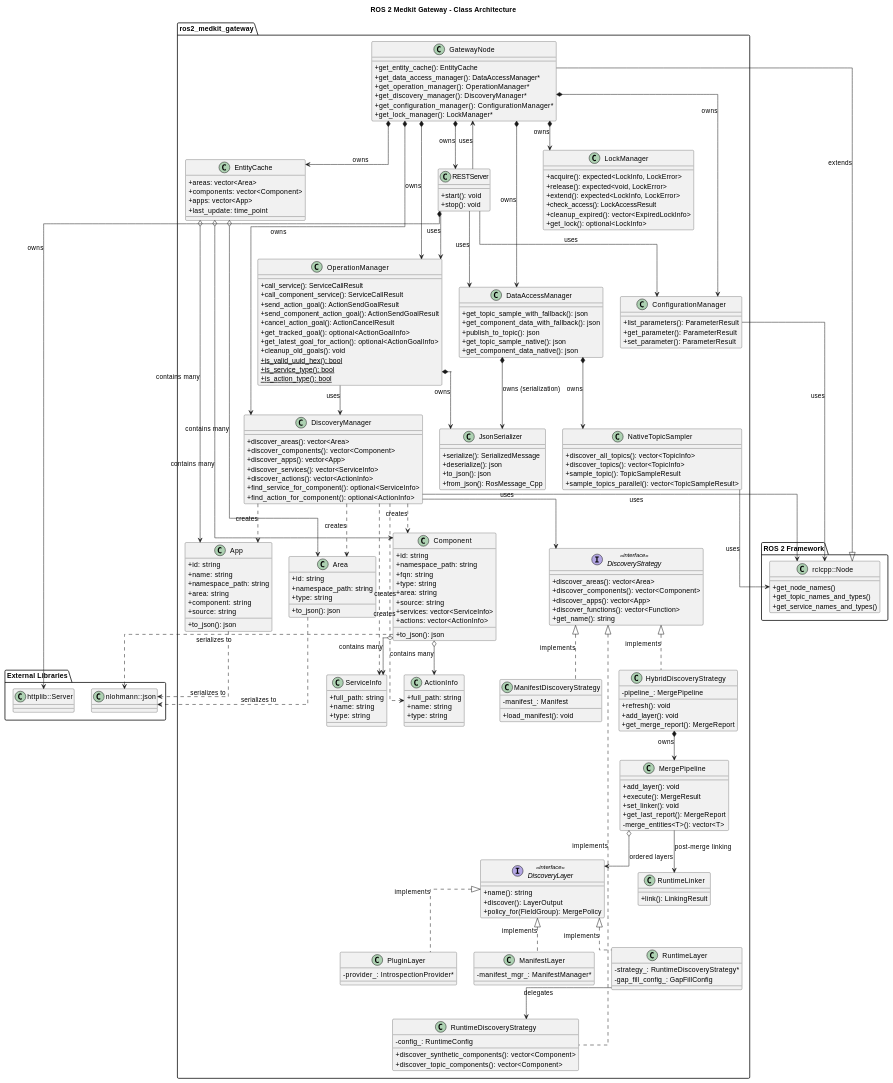
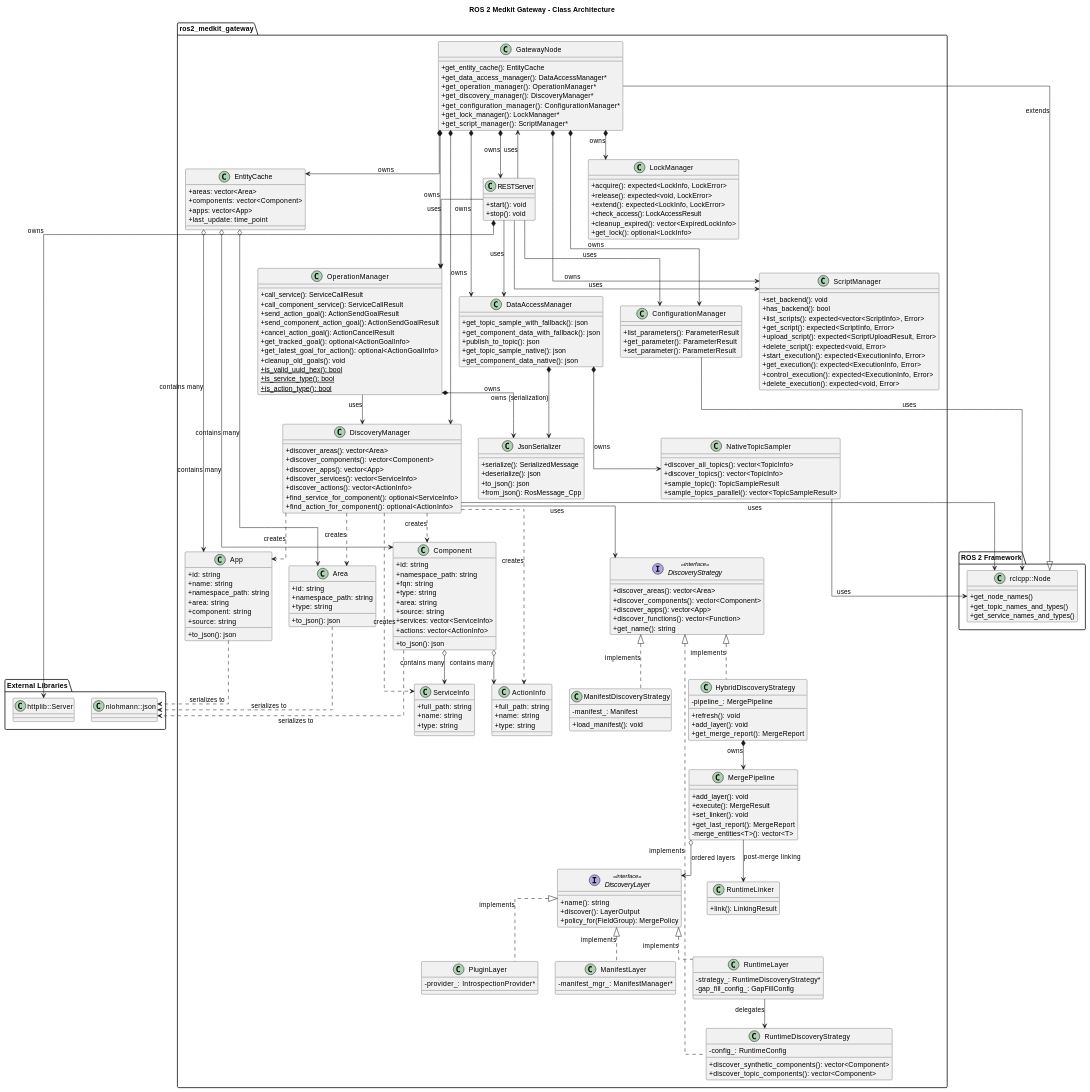
Before and after one commit to selfpatch/ros2_medkit: the diagram in src/ros2_medkit_gateway/design/index.rst, drawn with PlantUML. The commit also changed other lines of this file and 2 other files, not shown here.

Commit message:
docs(scripts): update README, REST API docs, and design docs
- Mark Scripts feature as Available in README feature table
- Add Scripts section to REST API reference with all 8 SOVD endpoints
- Add scripts to SOVD compliance matrix
- Add ScriptManager to gateway architecture diagram and component list

```diff
--- a/src/ros2_medkit_gateway/design/index.rst
+++ b/src/ros2_medkit_gateway/design/index.rst
@@ -35,6 +35,7 @@
            + get_discovery_manager(): DiscoveryManager*
            + get_configuration_manager(): ConfigurationManager*
            + get_lock_manager(): LockManager*
+           + get_script_manager(): ScriptManager*
        }
 
        class DiscoveryManager {
@@ -146,6 +147,19 @@
            + get_lock(): optional<LockInfo>
        }
 
+       class ScriptManager {
+           + set_backend(): void
+           + has_backend(): bool
+           + list_scripts(): expected<vector<ScriptInfo>, Error>
+           + get_script(): expected<ScriptInfo, Error>
+           + upload_script(): expected<ScriptUploadResult, Error>
+           + delete_script(): expected<void, Error>
+           + start_execution(): expected<ExecutionInfo, Error>
+           + get_execution(): expected<ExecutionInfo, Error>
+           + control_execution(): expected<ExecutionInfo, Error>
+           + delete_execution(): expected<void, Error>
+       }
+
        class NativeTopicSampler {
            + discover_all_topics(): vector<TopicInfo>
            + discover_topics(): vector<TopicInfo>
@@ -226,6 +240,7 @@
    GatewayNode *-down-> OperationManager : owns
    GatewayNode *-down-> ConfigurationManager : owns
    GatewayNode *-down-> LockManager : owns
+   GatewayNode *-down-> ScriptManager : owns
    GatewayNode *-down-> EntityCache : owns
 
    ' Discovery Manager uses Node interface
@@ -236,6 +251,7 @@
    RESTServer --> DataAccessManager : uses
    RESTServer --> OperationManager : uses
    RESTServer --> ConfigurationManager : uses
+   RESTServer --> ScriptManager : uses
 
    ' OperationManager uses DiscoveryManager and native serialization
    OperationManager --> DiscoveryManager : uses
```
